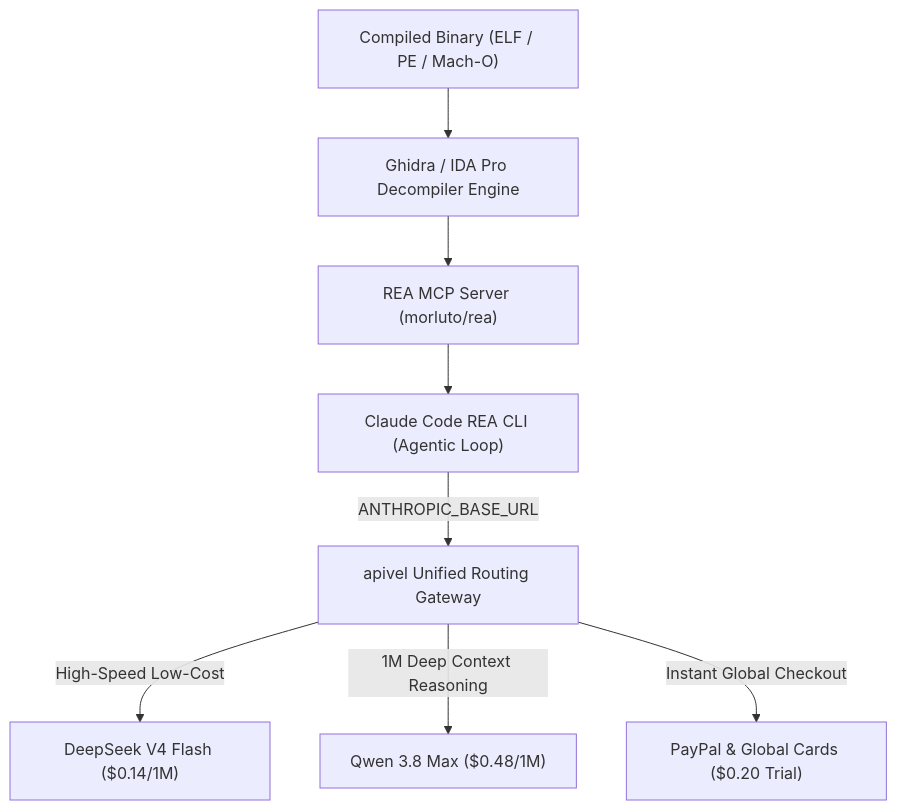
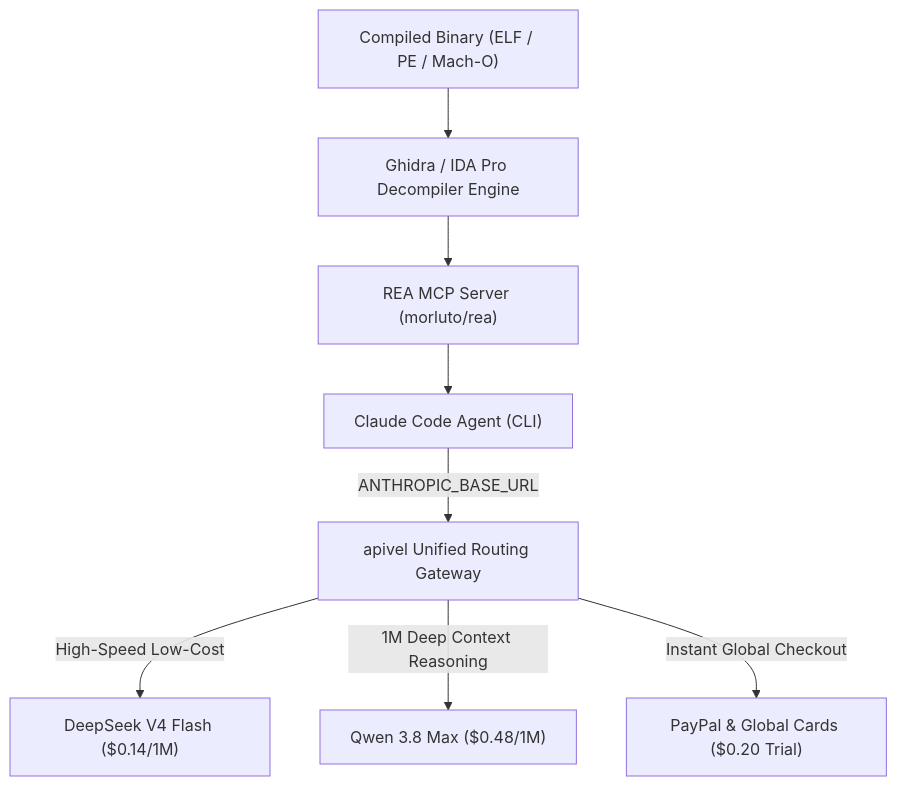
The diagram in src/content/blog/claude-code-rea-setup-limits-cost.md (bshx2024/apivel_blog), drawn with Mermaid before and after one commit. The commit also changed other lines of this file, not shown here.

````diff
--- a/src/content/blog/claude-code-rea-setup-limits-cost.md
+++ b/src/content/blog/claude-code-rea-setup-limits-cost.md
@@ -44,10 +44,10 @@
 ```mermaid
 graph TD
     A["Compiled Binary (ELF / PE / Mach-O)"] --> B["Ghidra / IDA Pro Decompiler Engine"]
     B --> C["REA MCP Server (morluto/rea)"]
-    C --> D["Claude Code REA CLI (Agentic Loop)"]
+    C --> D["Claude Code Agent (CLI)"]
     D -->|ANTHROPIC_BASE_URL| E["apivel Unified Routing Gateway"]
     E -->|High-Speed Low-Cost| F["DeepSeek V4 Flash ($0.14/1M)"]
     E -->|1M Deep Context Reasoning| G["Qwen 3.8 Max ($0.48/1M)"]
     E -->|Instant Global Checkout| H["PayPal & Global Cards ($0.20 Trial)"]
 ```
````
